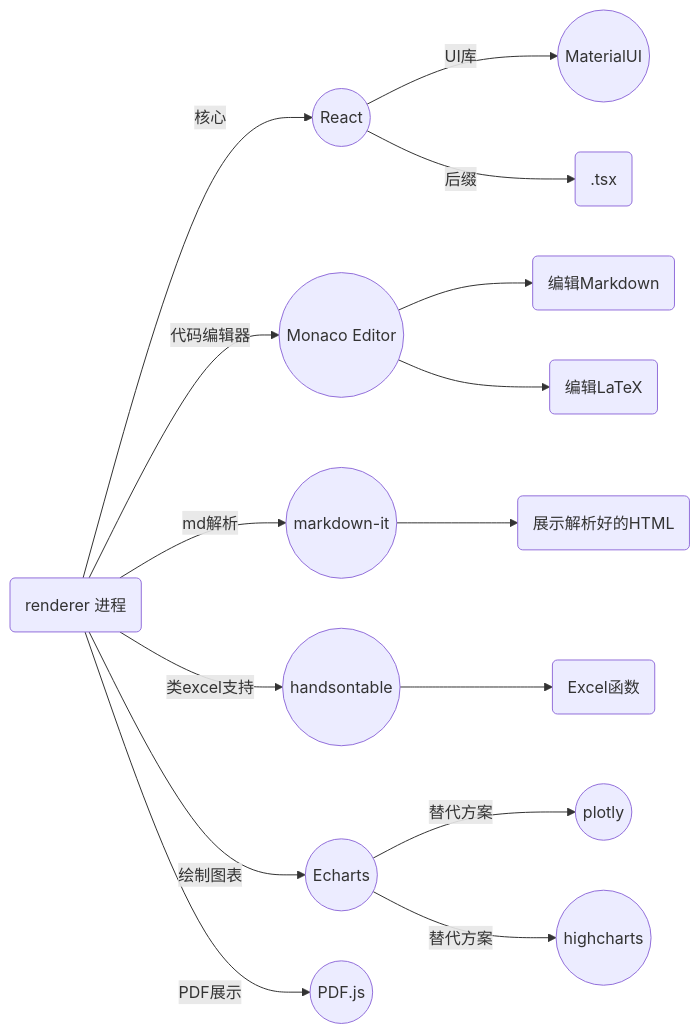
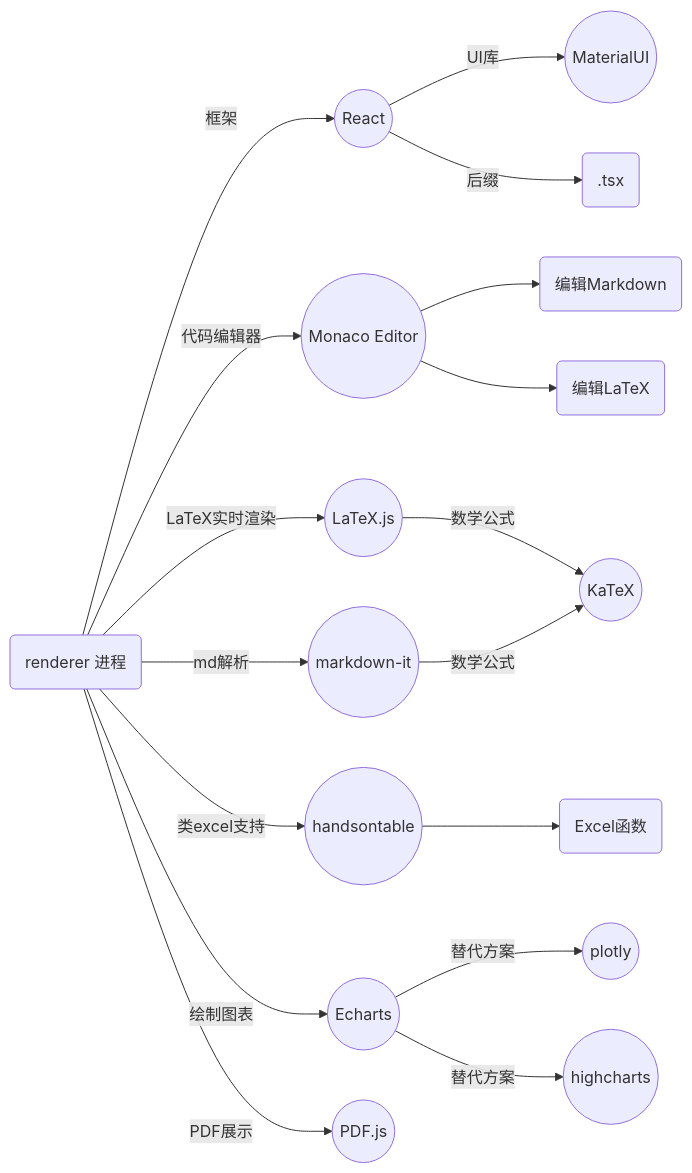
Before and after one commit to TMYTiMidlY/QuartIRE: the fourth of 4 diagrams in INTRODUCTION.md, drawn with Mermaid.

````diff
--- a/INTRODUCTION.md
+++ b/INTRODUCTION.md
@@ -69,22 +69,25 @@
 ```mermaid
 graph LR
-A(renderer 进程)  --核心--> B((React)) --UI库--> B1((MaterialUI))
+A(renderer 进程)  --框架--> B((React)) --UI库--> B1((MaterialUI))
 B --后缀--> B2(.tsx)
 A --代码编辑器--> C((Monaco Editor)) --> C1(编辑Markdown)
 C --> C2(编辑LaTeX)
-A --md解析--> D((markdown-it)) --> D1(展示解析好的HTML)
+A --LaTeX实时渲染--> D((LaTeX.js)) --数学公式--> D1((KaTeX))
 A --类excel支持--> E((handsontable)) --> E1(Excel函数)
 A --绘制图表--> F((Echarts)) --替代方案--> F1((plotly))
 F --替代方案--> F2((highcharts))
-A --PDF展示--> G((PDF.js))
+A --md解析--> G((markdown-it)) --数学公式--> D1
+A --PDF展示--> H((PDF.js))
 
 click B "https://react.docschina.org/"
 click B1 "https://mui.com/"
 click C "https://microsoft.github.io/monaco-editor/"
-click D "https://github.com/markdown-it/markdown-it"
+click D "https://latex.js.org/"
+click D1 "https://katex.org/"
 click E "https://handsontable.com/docs/react-data-grid/"
 click F "https://echarts.apache.org/zh/index.html"
 click F1 "https://plotly.com/javascript/"
 click F2 "https://www.hcharts.cn/demo/highcharts"
-click G "https://gitcode.gitcode.host/docs-cn/pdf.js-docs-cn/index.html"
+click G "https://github.com/markdown-it/markdown-it"
+click H "https://gitcode.gitcode.host/docs-cn/pdf.js-docs-cn/index.html"
 ```
````
